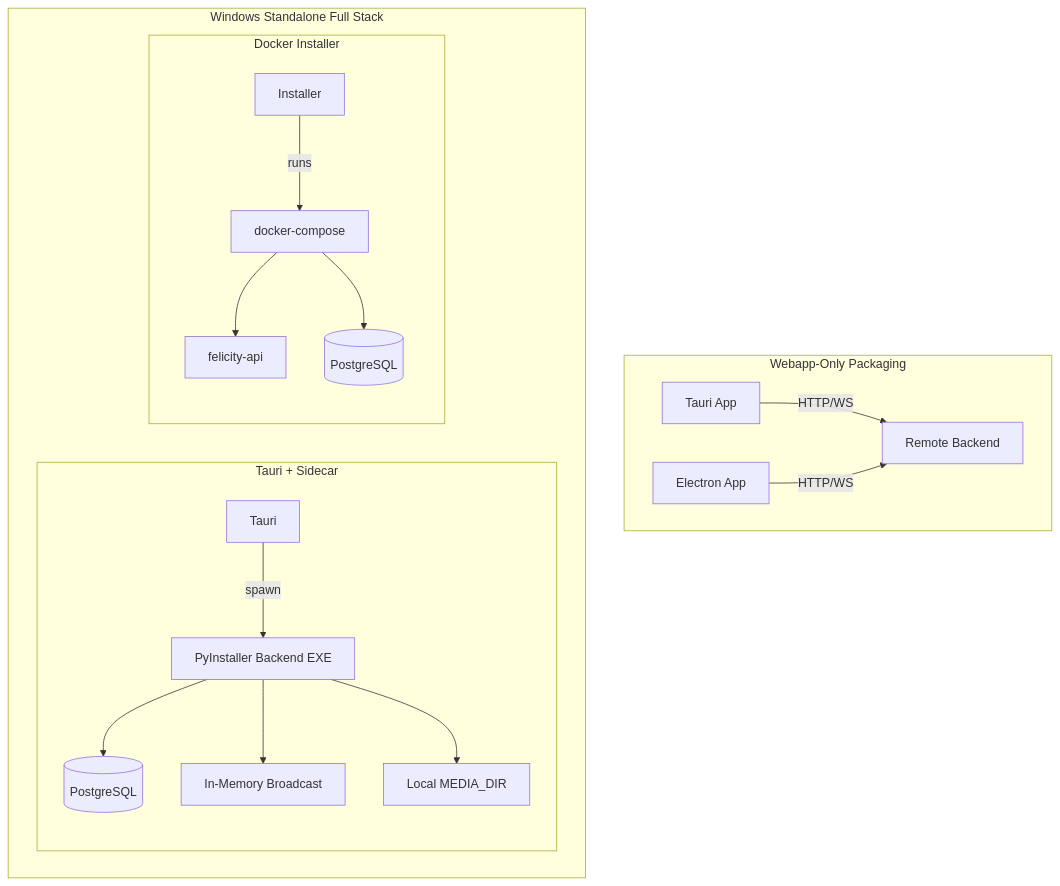
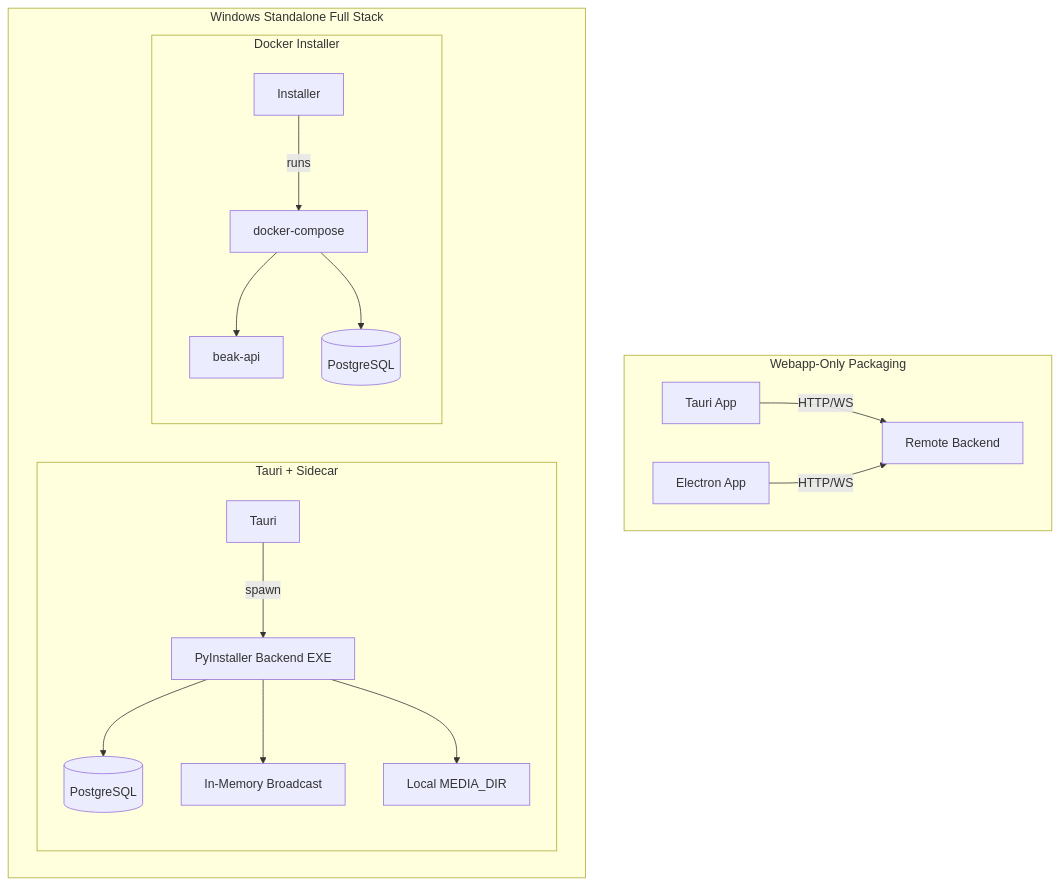
The diagram in future-plans.md (aurthurm/felicity-lims), drawn with Mermaid before and after one commit. The commit also changed other lines of this file and 1690 other files, not shown here.

First line of the commit message:
refactor: rebrand Felicity LIMS to Beak LIMS

````diff
--- a/future-plans.md
+++ b/future-plans.md
@@ -76,27 +76,27 @@
 ```mermaid
 flowchart TB
     subgraph webappOnly [Webapp-Only Packaging]
         Tauri[Tauri App]
         Electron[Electron App]
         Tauri --> |HTTP/WS| RemoteAPI[Remote Backend]
         Electron --> |HTTP/WS| RemoteAPI
     end
 
     subgraph windowsStack [Windows Standalone Full Stack]
         subgraph sidecar [Tauri + Sidecar]
             TauriApp[Tauri]
             PyExe[PyInstaller Backend EXE]
             TauriApp --> |spawn| PyExe
             PyExe --> PG[(PostgreSQL)]
             PyExe --> MemBroadcast[In-Memory Broadcast]
             PyExe --> MediaDir[Local MEDIA_DIR]
         end
 
         subgraph docker [Docker Installer]
             Installer[Installer]
             Installer --> |runs| Docker[docker-compose]
-            Docker --> API[felicity-api]
+            Docker --> API[beak-api]
             Docker --> PG2[(PostgreSQL)]
         end
     end
 ```
````
